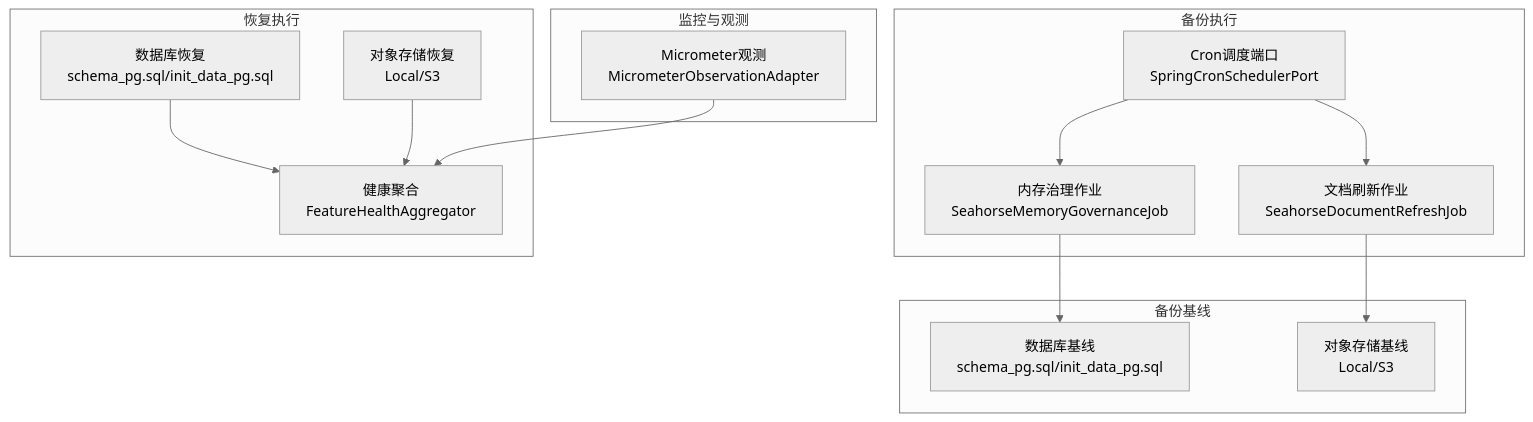
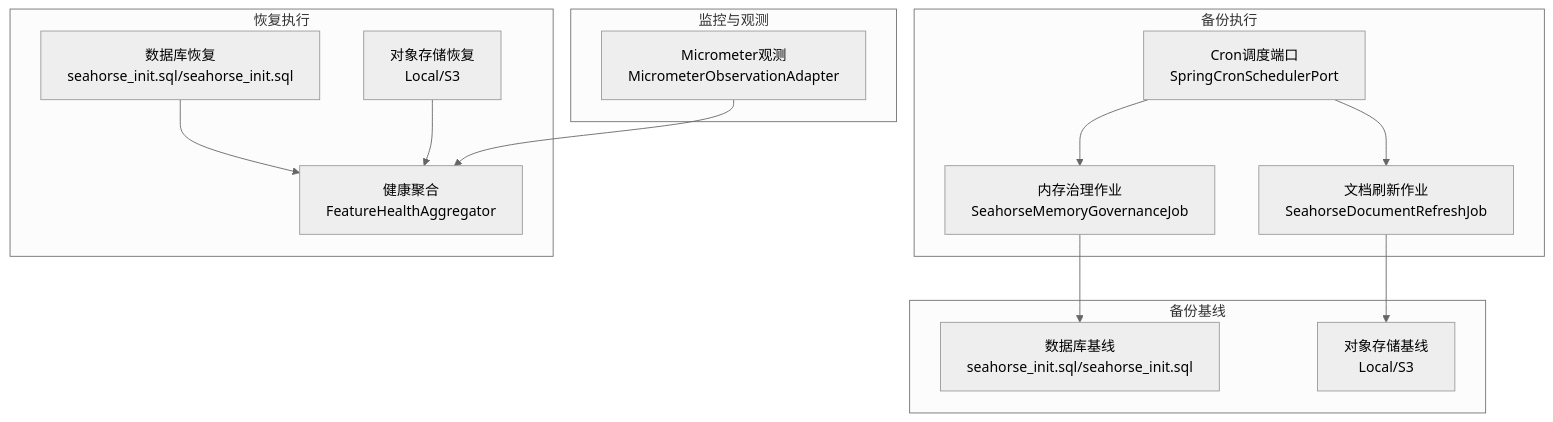
Before and after one commit to onceMisery/seahorse-agent: the second of 7 diagrams in docs/zh/content/监控运维/备份恢复.md, drawn with Mermaid (neutral theme). The commit also changed other lines of this file and 31 other files, not shown here.

First line of the commit message:
refactor: merge all DDL into seahorse_init.sql, delete redundant scripts

````diff
--- a/docs/zh/content/监控运维/备份恢复.md
+++ b/docs/zh/content/监控运维/备份恢复.md
@@ -106,27 +106,27 @@
 ```mermaid
 graph TB
 subgraph "备份基线"
-BASE_DB["数据库基线<br/>schema_pg.sql/init_data_pg.sql"]
+BASE_DB["数据库基线<br/>seahorse_init.sql/seahorse_init.sql"]
 BASE_OBJ["对象存储基线<br/>Local/S3"]
 end
 subgraph "备份执行"
 JOB_DOC["文档刷新作业<br/>SeahorseDocumentRefreshJob"]
 JOB_MEM["内存治理作业<br/>SeahorseMemoryGovernanceJob"]
 CRON_PORT["Cron调度端口<br/>SpringCronSchedulerPort"]
 end
 subgraph "恢复执行"
-RESTORE_DB["数据库恢复<br/>schema_pg.sql/init_data_pg.sql"]
+RESTORE_DB["数据库恢复<br/>seahorse_init.sql/seahorse_init.sql"]
 RESTORE_OBJ["对象存储恢复<br/>Local/S3"]
 HEALTH["健康聚合<br/>FeatureHealthAggregator"]
 end
 subgraph "监控与观测"
 OBS["Micrometer观测<br/>MicrometerObservationAdapter"]
 end
 CRON_PORT --> JOB_DOC
 CRON_PORT --> JOB_MEM
 JOB_DOC --> BASE_OBJ
 JOB_MEM --> BASE_DB
 RESTORE_DB --> HEALTH
 RESTORE_OBJ --> HEALTH
 OBS --> HEALTH
 ```
````
